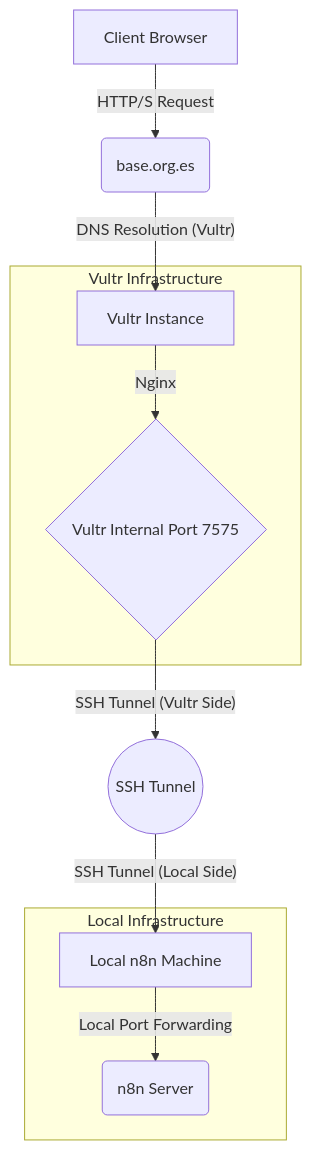
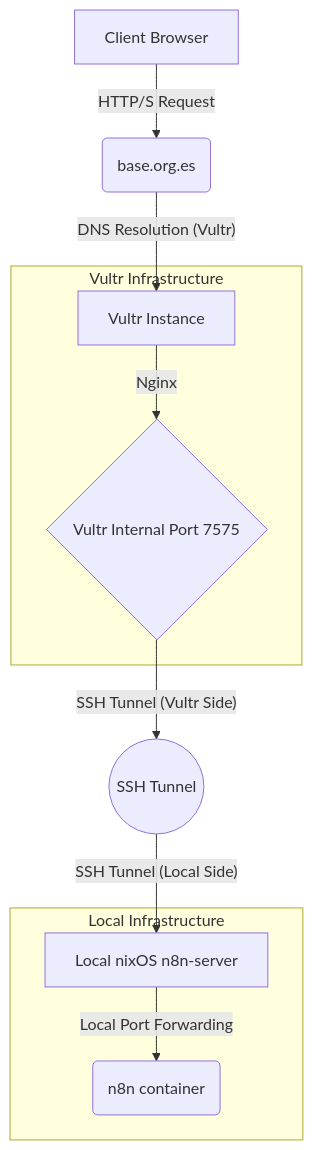
Before and after one commit to Aureliusf/nixOS-n8n: the diagram in readme.md, drawn with Mermaid.

Commit message:
updated graph

`````diff
--- a/readme.md
+++ b/readme.md
@@ -93,30 +93,30 @@
 ````mermaid
 graph TD
     A[Client Browser] -->|HTTP/S Request| B(base.org.es)
     B -->|"DNS Resolution (Vultr)"| C[Vultr Instance]
     C -->|"Nginx"| D{"Vultr Internal Port 7575"}
     D -->|"SSH Tunnel (Vultr Side)"| E((SSH Tunnel))
-    E -->|"SSH Tunnel (Local Side)"| F[Local n8n Machine]
-    F -->|"Local Port Forwarding"| G(n8n Server)
+    E -->|"SSH Tunnel (Local Side)"| F[Local nixOS n8n-server]
+    F -->|"Local Port Forwarding"| G(n8n container)
 
     subgraph Vultr Infrastructure
         C
         D
     end
 
     subgraph Local Infrastructure
         F
         G
     end
 
     %% Flow Explanations
     click A "User's browser initiates request"
     click B "Domain resolves to Vultr IP via DNS"
     click C "Nginx on Vultr instance receives request"
     click D "Nginx reverse proxies to internal Vultr port 7575"
     click E "SSH tunnel securely forwards traffic from Vultr port 7575 to your local machine"
     click F "Local machine receives forwarded traffic from SSH tunnel"
     click G "n8n server receives traffic on its local port"
 
 
 ````
`````
